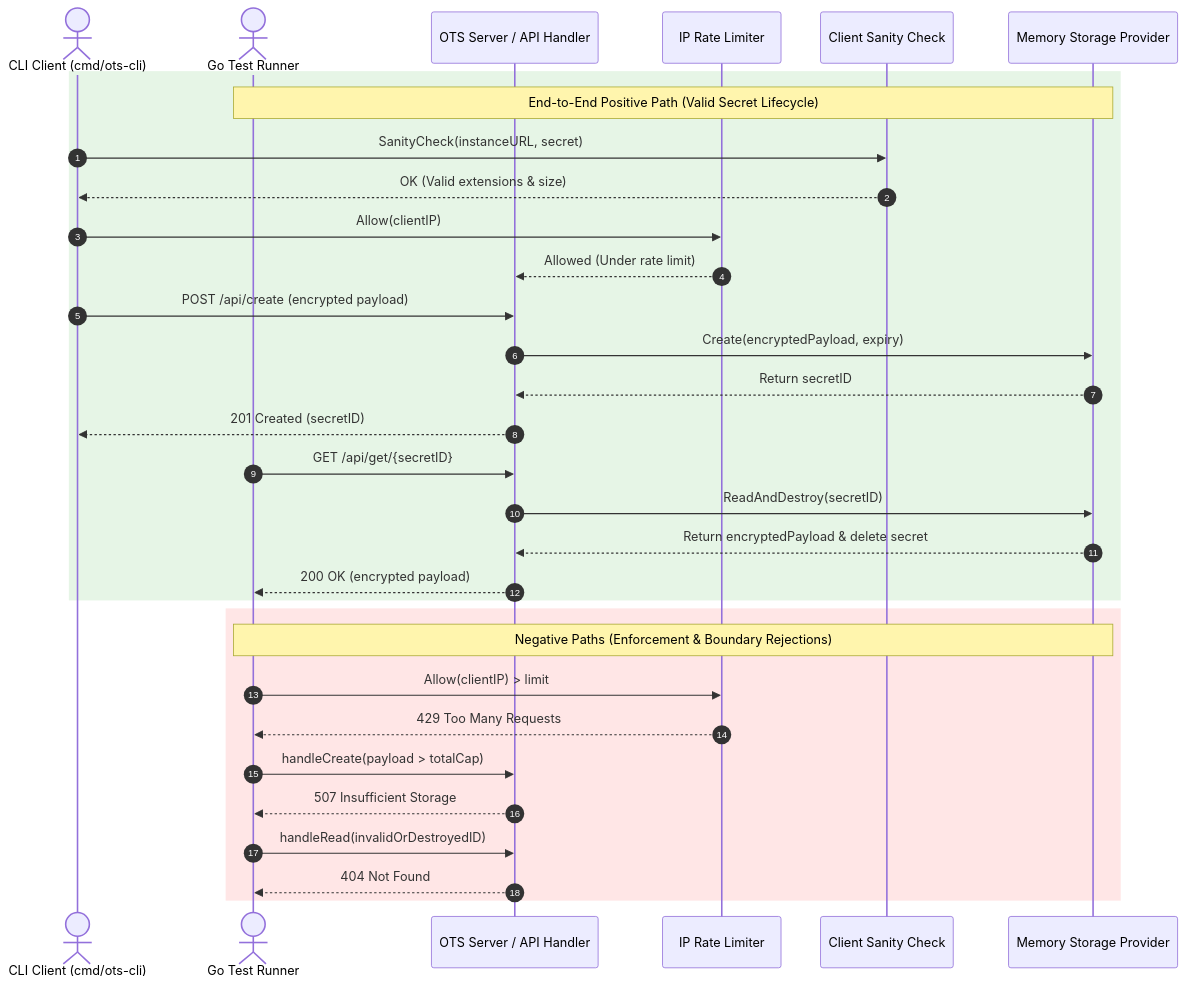
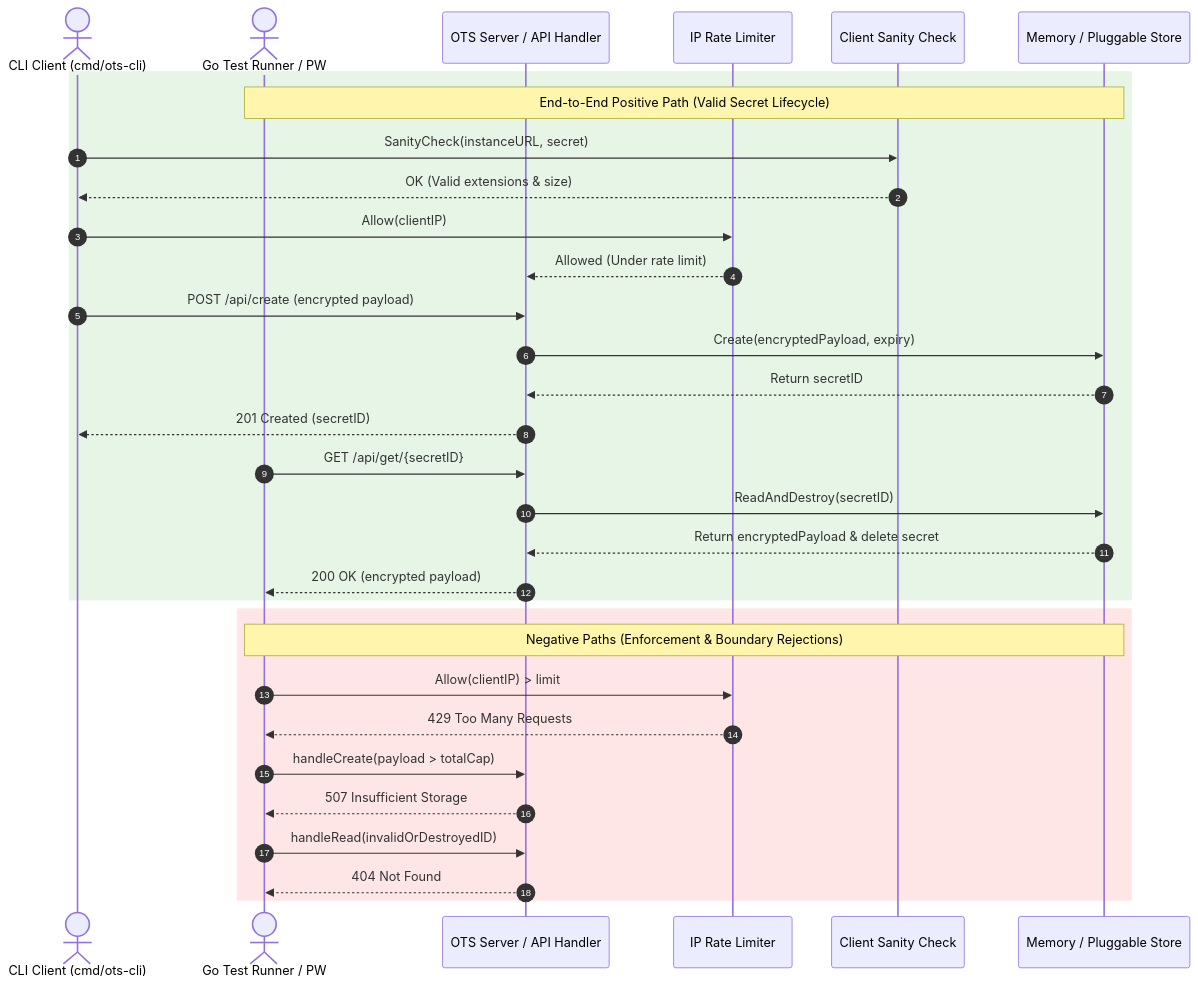
Before and after one commit to edsilegxrepo/ots: the second of 2 diagrams in TESTING.md, drawn with Mermaid. The commit also changed other lines of this file and 61 other files, not shown here.

````diff
--- a/TESTING.md
+++ b/TESTING.md
@@ -43,36 +53,36 @@
 ```mermaid
 sequenceDiagram
     autonumber
     actor CLI as CLI Client (cmd/ots-cli)
-    actor TestRunner as Go Test Runner
+    actor TestRunner as Go Test Runner / PW
     participant API as OTS Server / API Handler
     participant RL as IP Rate Limiter
     participant Sanity as Client Sanity Check
-    participant Store as Memory Storage Provider
+    participant Store as Memory / Pluggable Store
 
     rect rgb(230, 245, 230)
         note over TestRunner, Store: End-to-End Positive Path (Valid Secret Lifecycle)
         CLI->>Sanity: SanityCheck(instanceURL, secret)
         Sanity-->>CLI: OK (Valid extensions & size)
         CLI->>RL: Allow(clientIP)
         RL-->>API: Allowed (Under rate limit)
         CLI->>API: POST /api/create (encrypted payload)
         API->>Store: Create(encryptedPayload, expiry)
         Store-->>API: Return secretID
         API-->>CLI: 201 Created (secretID)
         TestRunner->>API: GET /api/get/{secretID}
         API->>Store: ReadAndDestroy(secretID)
         Store-->>API: Return encryptedPayload & delete secret
         API-->>TestRunner: 200 OK (encrypted payload)
     end
 
     rect rgb(255, 230, 230)
         note over TestRunner, Store: Negative Paths (Enforcement & Boundary Rejections)
         TestRunner->>RL: Allow(clientIP) > limit
         RL-->>TestRunner: 429 Too Many Requests
         TestRunner->>API: handleCreate(payload > totalCap)
         API-->>TestRunner: 507 Insufficient Storage
         TestRunner->>API: handleRead(invalidOrDestroyedID)
         API-->>TestRunner: 404 Not Found
     end
 ```
````
